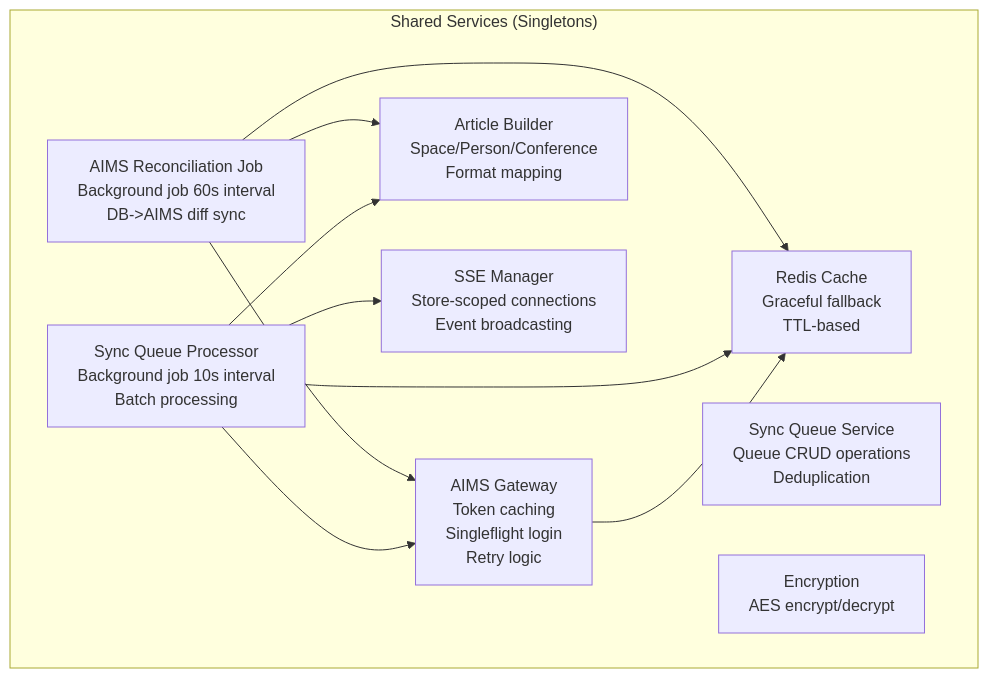
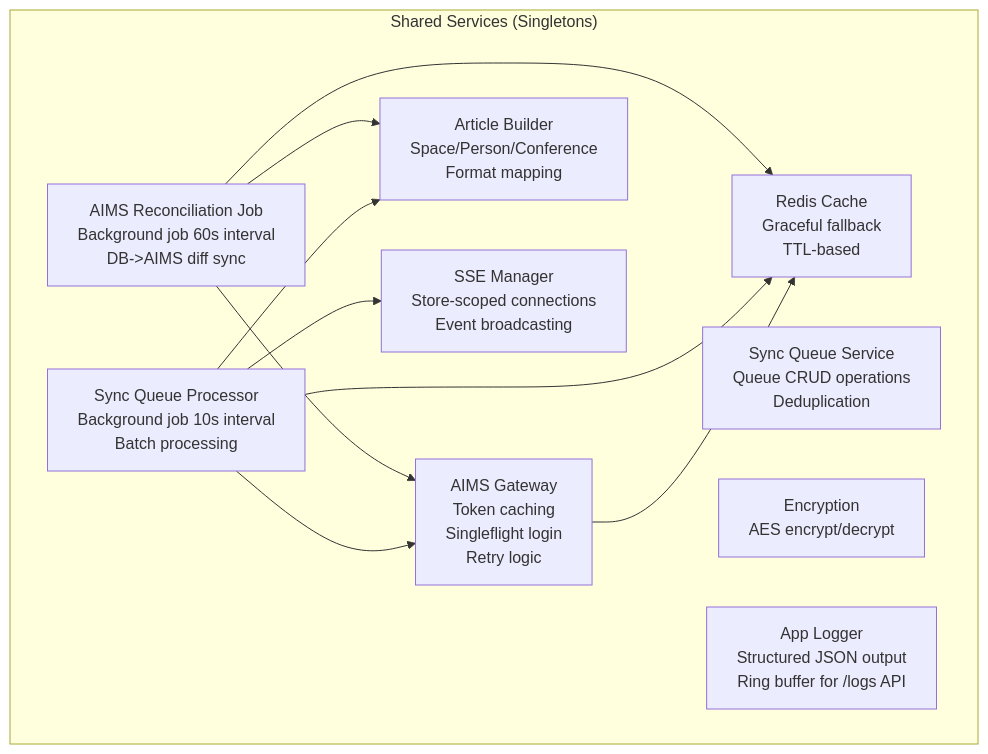
The ninth of 30 diagrams in docs/ARCHITECTURE_BOOK.md (AvivElectis/electisSpace), drawn with Mermaid before and after one commit. The commit also changed other lines of this file and 19 other files, not shown here.

First line of the commit message:
refactor: migrate server to structured appLogger, add requireGlobalRole middleware

````diff
--- a/docs/ARCHITECTURE_BOOK.md
+++ b/docs/ARCHITECTURE_BOOK.md
@@ -445,22 +448,23 @@
 ```mermaid
 graph TB
     subgraph "Shared Services (Singletons)"
         AIMS[AIMS Gateway<br/>Token caching<br/>Singleflight login<br/>Retry logic]
         SYNCQ[Sync Queue Service<br/>Queue CRUD operations<br/>Deduplication]
         SYNCP[Sync Queue Processor<br/>Background job 10s interval<br/>Batch processing]
         RECON[AIMS Reconciliation Job<br/>Background job 60s interval<br/>DB->AIMS diff sync]
         SSEMGR[SSE Manager<br/>Store-scoped connections<br/>Event broadcasting]
         CACHE[Redis Cache<br/>Graceful fallback<br/>TTL-based]
         ARTICLE[Article Builder<br/>Space/Person/Conference<br/>Format mapping]
         ENCRYPT[Encryption<br/>AES encrypt/decrypt]
+        LOGGER[App Logger<br/>Structured JSON output<br/>Ring buffer for /logs API]
     end
 
     SYNCP --> AIMS
     SYNCP --> ARTICLE
     SYNCP --> SSEMGR
     RECON --> AIMS
     RECON --> ARTICLE
     AIMS --> CACHE
     SYNCP --> CACHE
     RECON --> CACHE
 ```
````
